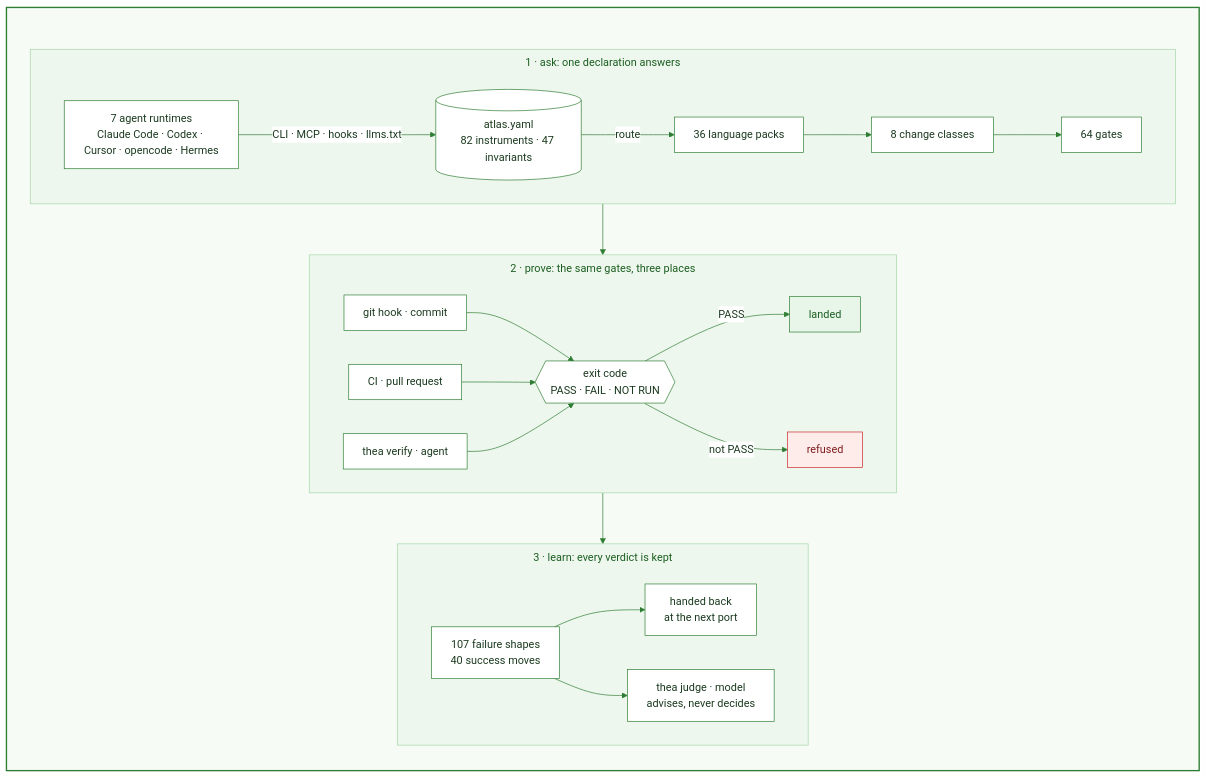
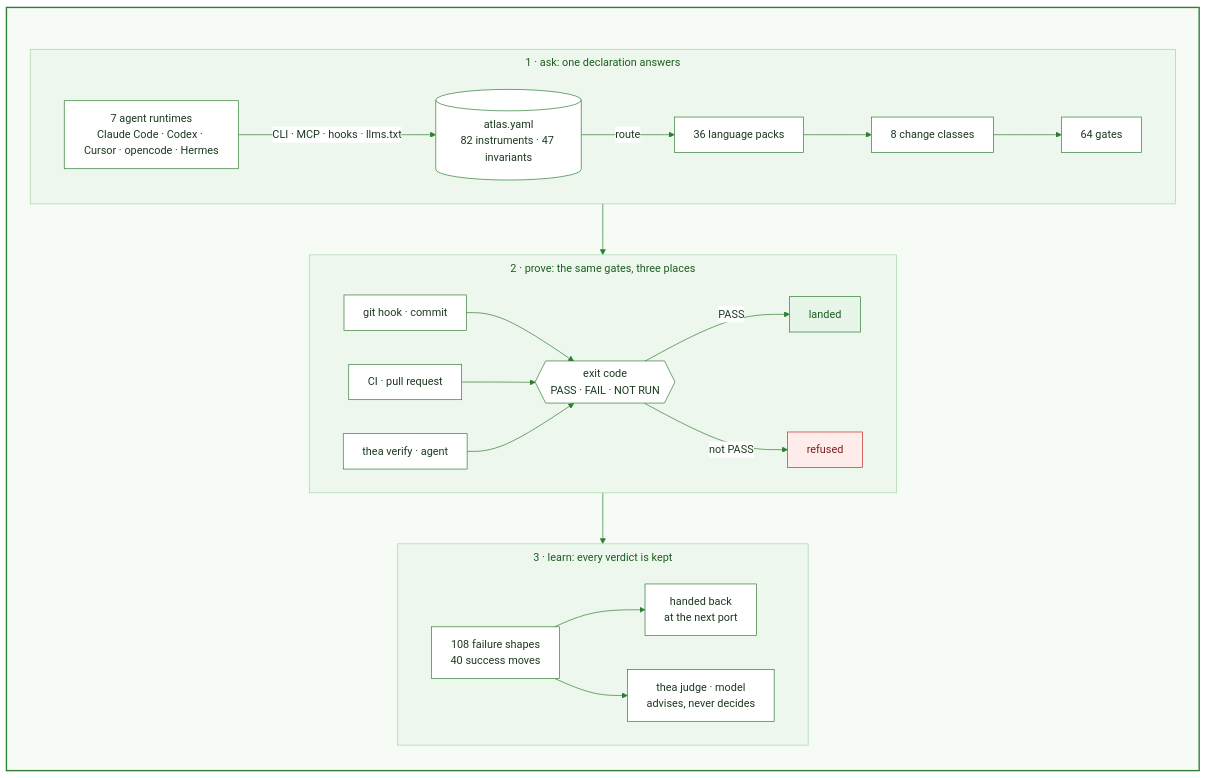
One commit to HLIntel/Headron changed the diagram in README.md. Above: the diagram before and after it, drawn with Mermaid. The commit also changed other lines of this file and 7 other files, not shown here.

````diff
--- a/README.md
+++ b/README.md
@@ -40,45 +40,45 @@
 ```mermaid
 ---
 config:
   theme: base
   themeVariables:
     primaryColor: "#ffffff"
     primaryBorderColor: "#2e7d32"
     primaryTextColor: "#1b3a1f"
     lineColor: "#2e7d32"
     clusterBkg: "#eef7ee"
     clusterBorder: "#a5d6a7"
     titleColor: "#1b5e20"
   flowchart:
     subGraphTitleMargin: {top: 8, bottom: 16}
     padding: 14
 ---
 flowchart TB
   accTitle: How Thea proves a change
   accDescr: 7 runtimes ask, atlas.yaml routes to 1 of 36 packs and 64 gates, the same gates run at commit, in CI and in thea verify, anything but PASS is refused, verdicts feed the failure and success ledgers, a trained judge only advises
   subgraph thea [" "]
     direction TB
     subgraph ask [1 · ask: one declaration answers]
       direction LR
       A[7 agent runtimes<br>Claude Code · Codex · Cursor · opencode · Hermes] -->|CLI · MCP · hooks · llms.txt| D[(atlas.yaml<br>82 instruments · 47 invariants)]
       D -->|route| P[36 language packs] --> K[8 change classes] --> G[64 gates]
     end
     subgraph run [2 · prove: the same gates, three places]
       direction LR
       H[git hook · commit] & C[CI · pull request] & R[thea verify · agent] --> V{{exit code<br>PASS · FAIL · NOT RUN}}
       V -->|PASS| M[landed]
       V -->|not PASS| X[refused]
     end
     subgraph learn [3 · learn: every verdict is kept]
       direction LR
-      F[107 failure shapes<br>40 success moves] --> N[handed back<br>at the next port]
+      F[108 failure shapes<br>40 success moves] --> N[handed back<br>at the next port]
       F --> J[thea judge · model<br>advises, never decides]
     end
     ask --> run --> learn
   end
   style thea fill:#f6fbf6,stroke:#2e7d32,stroke-width:2px
   classDef stop fill:#fdecea,stroke:#c62828,color:#7f1d1d
   classDef go fill:#e8f5e9,stroke:#2e7d32,color:#1b5e20
   class X stop
   class M go
 ```
````
